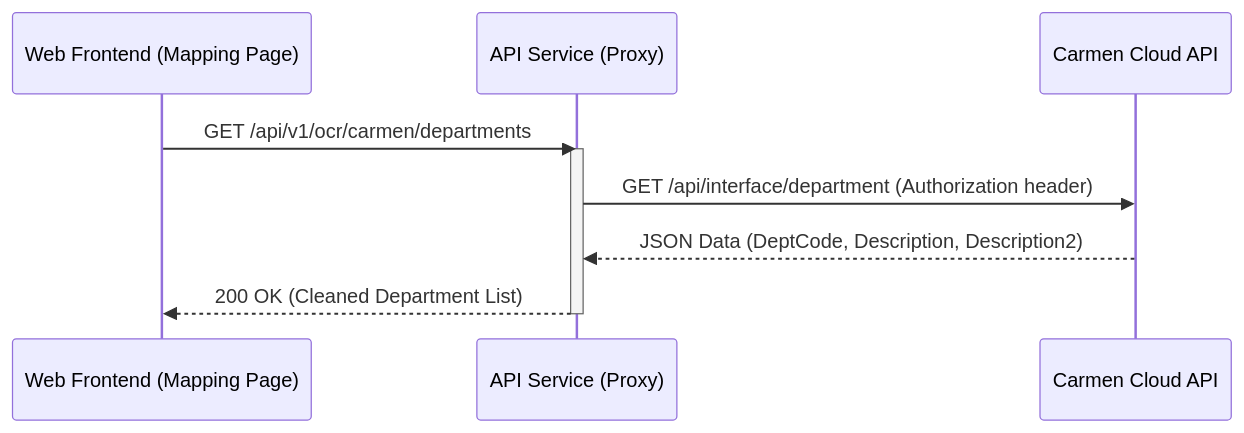
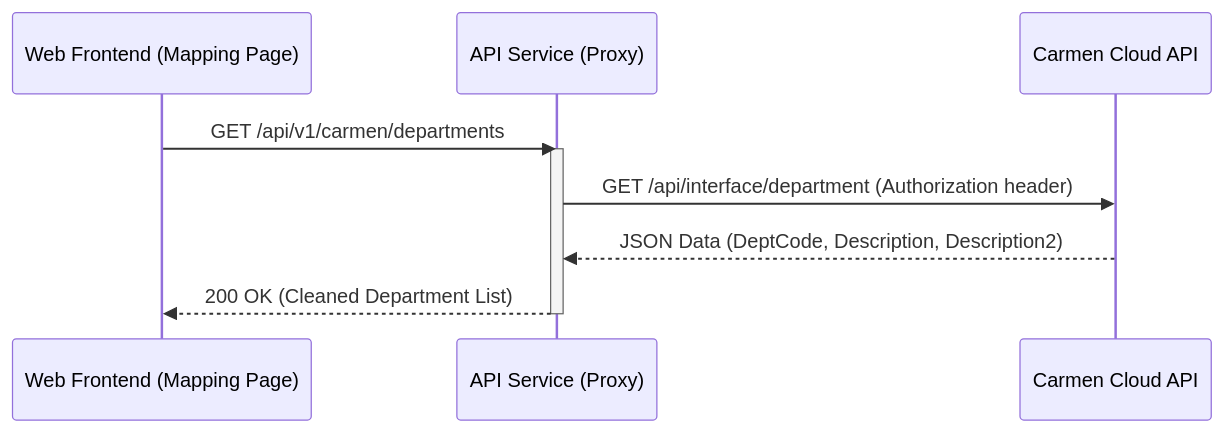
Before and after one commit to developer-carmensoftware/OCR: the sixth of 8 diagrams in docs/Software_Requirements_Specification.md, drawn with Mermaid. The commit also changed other lines of this file and 27 other files, not shown here.

````diff
--- a/docs/Software_Requirements_Specification.md
+++ b/docs/Software_Requirements_Specification.md
@@ -242,13 +242,13 @@
 ```mermaid
 sequenceDiagram
     participant UI as Web Frontend (Mapping Page)
     participant API as API Service (Proxy)
     participant Carmen as Carmen Cloud API
 
-    UI->>API: GET /api/v1/ocr/carmen/departments
+    UI->>API: GET /api/v1/carmen/departments
     activate API
     API->>Carmen: GET /api/interface/department (Authorization header)
     Carmen-->>API: JSON Data (DeptCode, Description, Description2)
     API-->>UI: 200 OK (Cleaned Department List)
     deactivate API
 ```
````
